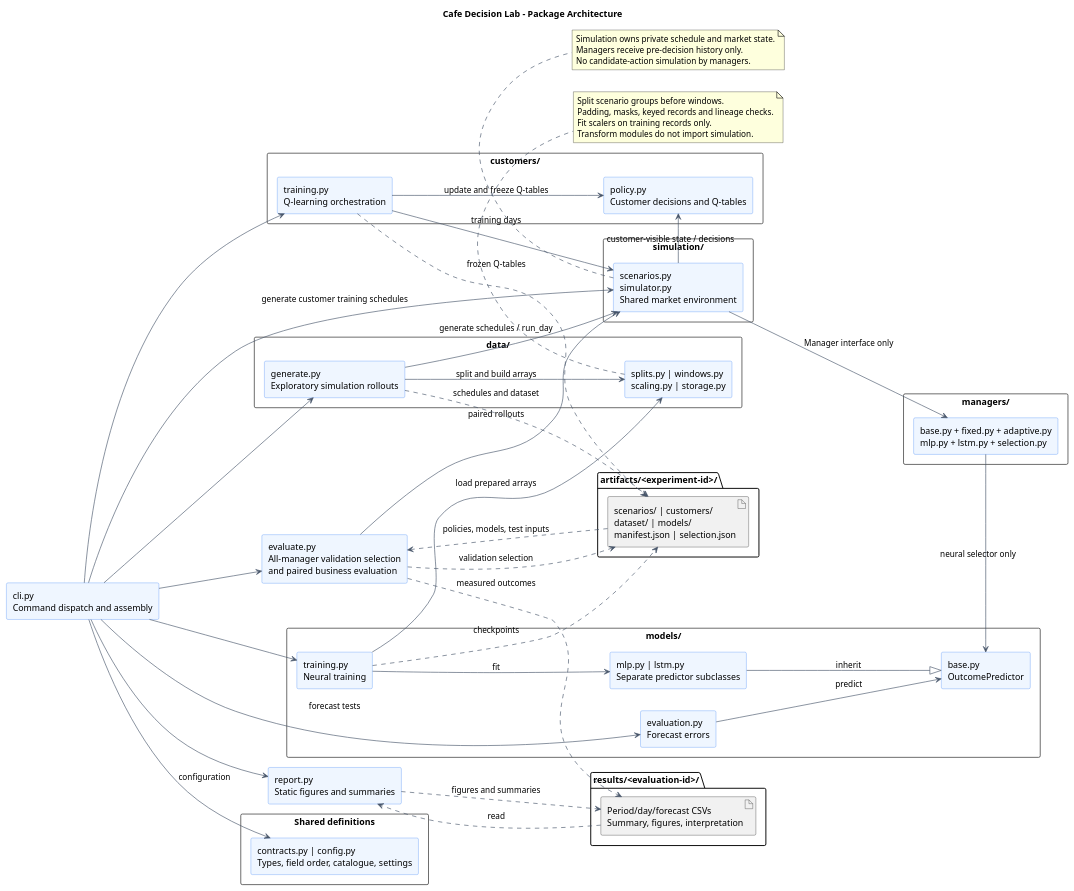
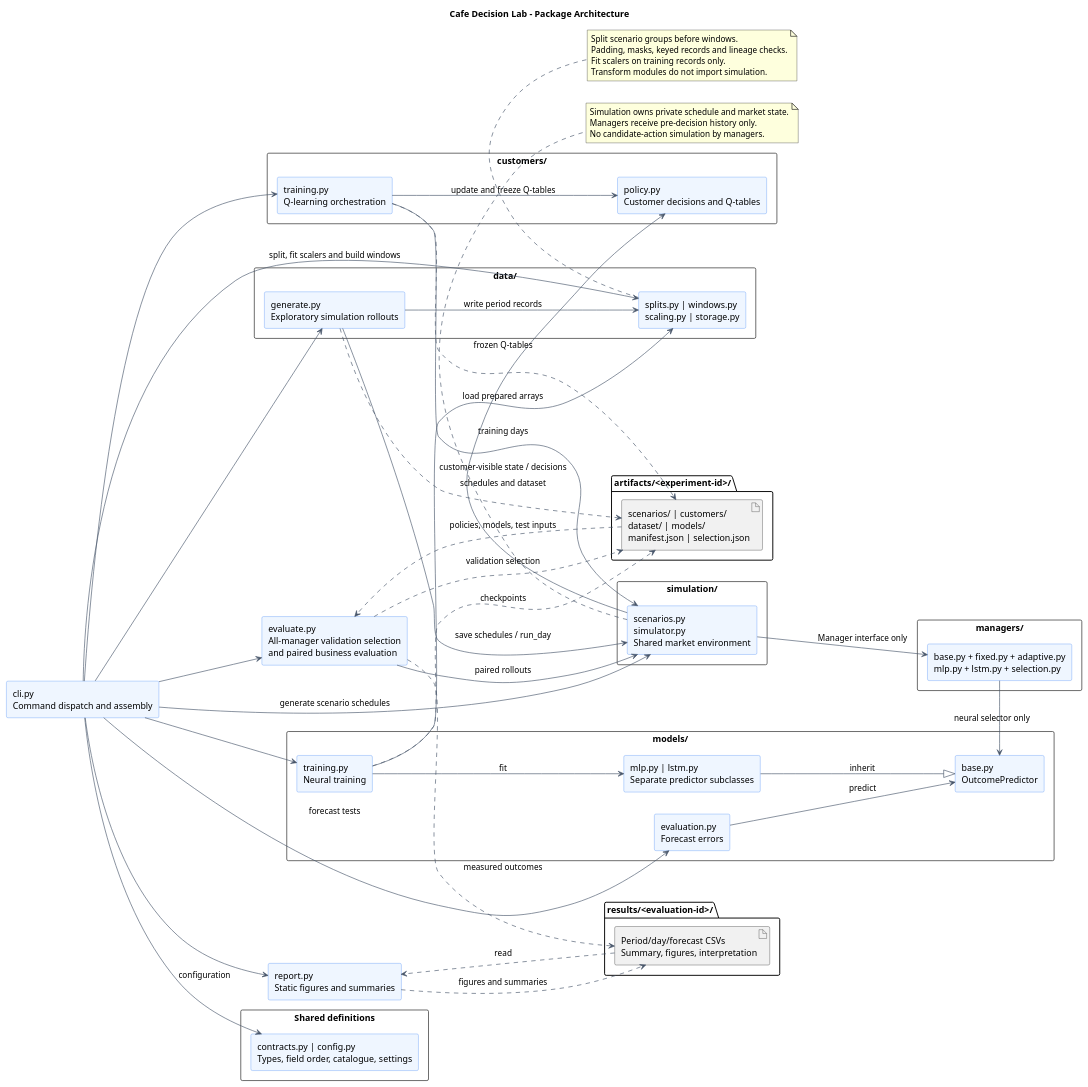
One commit to enzo-dosanjos/cafe-decision-lab changed the diagram in docs/architecture/diagrams/src/architecture.puml. Above: the diagram before and after it, drawn with PlantUML. The commit also changed 14 other files, not shown here.

```diff
--- a/docs/architecture/diagrams/src/architecture.puml
+++ b/docs/architecture/diagrams/src/architecture.puml
@@ -1,86 +1,87 @@
 @startuml cafe_architecture
 title Cafe Decision Lab - Package Architecture
 left to right direction
 skinparam componentStyle rectangle
 skinparam shadowing false
 skinparam defaultFontName SansSerif
 skinparam packageStyle rectangle
 skinparam componentBackgroundColor #EFF6FF
 skinparam componentBorderColor #3B82F6
 skinparam ArrowColor #475569
 
 component "cli.py\nCommand dispatch and assembly" as CLI
 package "simulation/" {
   component "scenarios.py\nsimulator.py\nShared market environment" as Simulation
 }
 package "customers/" {
   component "policy.py\nCustomer decisions and Q-tables" as Customers
   component "training.py\nQ-learning orchestration" as CustomerTrain
 }
 package "managers/" {
   component "base.py + fixed.py + adaptive.py\nmlp.py + lstm.py + selection.py" as Managers
 }
 package "data/" {
   component "generate.py\nExploratory simulation rollouts" as Generate
   component "splits.py | windows.py\nscaling.py | storage.py" as Prepare
 }
 package "models/" {
   component "base.py\nOutcomePredictor" as Predictor
   component "mlp.py | lstm.py\nSeparate predictor subclasses" as Predictors
   component "training.py\nNeural training" as Train
   component "evaluation.py\nForecast errors" as Forecast
 }
 component "evaluate.py\nAll-manager validation selection\nand paired business evaluation" as Evaluate
 component "report.py\nStatic figures and summaries" as Report
 package "Shared definitions" {
   component "contracts.py | config.py\nTypes, field order, catalogue, settings" as Shared
 }
 folder "artifacts/<experiment-id>/" as Artifacts {
   artifact "scenarios/ | customers/\ndataset/ | models/\nmanifest.json | selection.json" as Saved
 }
 folder "results/<evaluation-id>/" as Results {
   artifact "Period/day/forecast CSVs\nSummary, figures, interpretation" as Output
 }
 
 CLI --> CustomerTrain
-CLI --> Simulation : generate customer training schedules
+CLI --> Simulation : generate scenario schedules
 CLI --> Generate
 CLI --> Train
 CLI --> Evaluate
 CLI --> Report
 CLI --> Shared : configuration
 CustomerTrain --> Simulation : training days
 Simulation --> Managers : Manager interface only
 Simulation --> Customers : customer-visible state / decisions
 CustomerTrain --> Customers : update and freeze Q-tables
 Managers --> Predictor : neural selector only
 Predictors --|> Predictor : inherit
-Generate --> Simulation : generate schedules / run_day
-Generate --> Prepare : split and build arrays
+Generate --> Simulation : save schedules / run_day
+Generate --> Prepare : write period records
+CLI --> Prepare : split, fit scalers and build windows
 Train --> Predictors : fit
 Train --> Prepare : load prepared arrays
 Forecast --> Predictor : predict
 Evaluate --> Simulation : paired rollouts
 CLI --> Forecast : forecast tests
 
 Generate ..> Saved : schedules and dataset
 CustomerTrain ..> Saved : frozen Q-tables
 Train ..> Saved : checkpoints
 Saved ..> Evaluate : policies, models, test inputs
 Evaluate ..> Saved : validation selection
 Evaluate ..> Output : measured outcomes
 Output ..> Report : read
 Report ..> Output : figures and summaries
 
 note bottom of Simulation
   Simulation owns private schedule and market state.
   Managers receive pre-decision history only.
   No candidate-action simulation by managers.
 end note
 note bottom of Prepare
   Split scenario groups before windows.
   Padding, masks, keyed records and lineage checks.
   Fit scalers on training records only.
   Transform modules do not import simulation.
 end note
 @enduml
```
